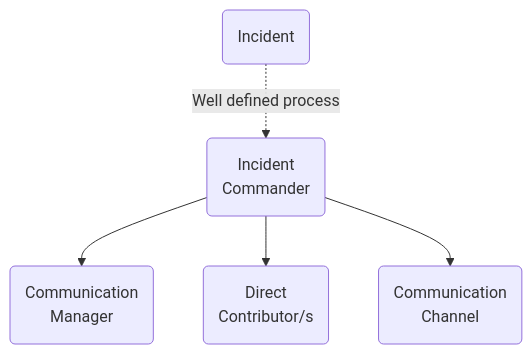
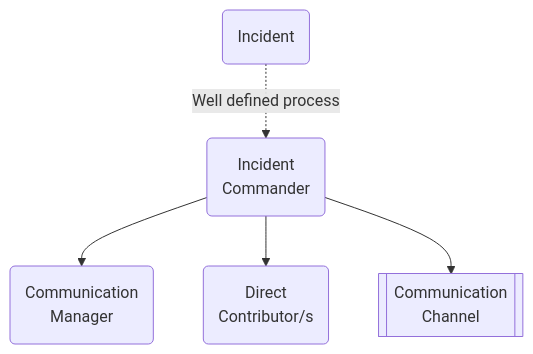
The diagram in 05_slides/README.md (wojciech11/se_cloud_app_administration_and_development), drawn with Mermaid before and after one commit. The commit also changed other lines of this file, not shown here.

````diff
--- a/05_slides/README.md
+++ b/05_slides/README.md
@@ -9,7 +26,7 @@
 ```mermaid
 flowchart
   I(Incident) -. Well defined process .->l
   l(Incident\nCommander) --> H(Communication\n Manager)
   l --> D(Direct\nContributor/s)
-  l --> C(Communication\nChannel)
+  l --> C[[Communication\nChannel]]
 ```
````
